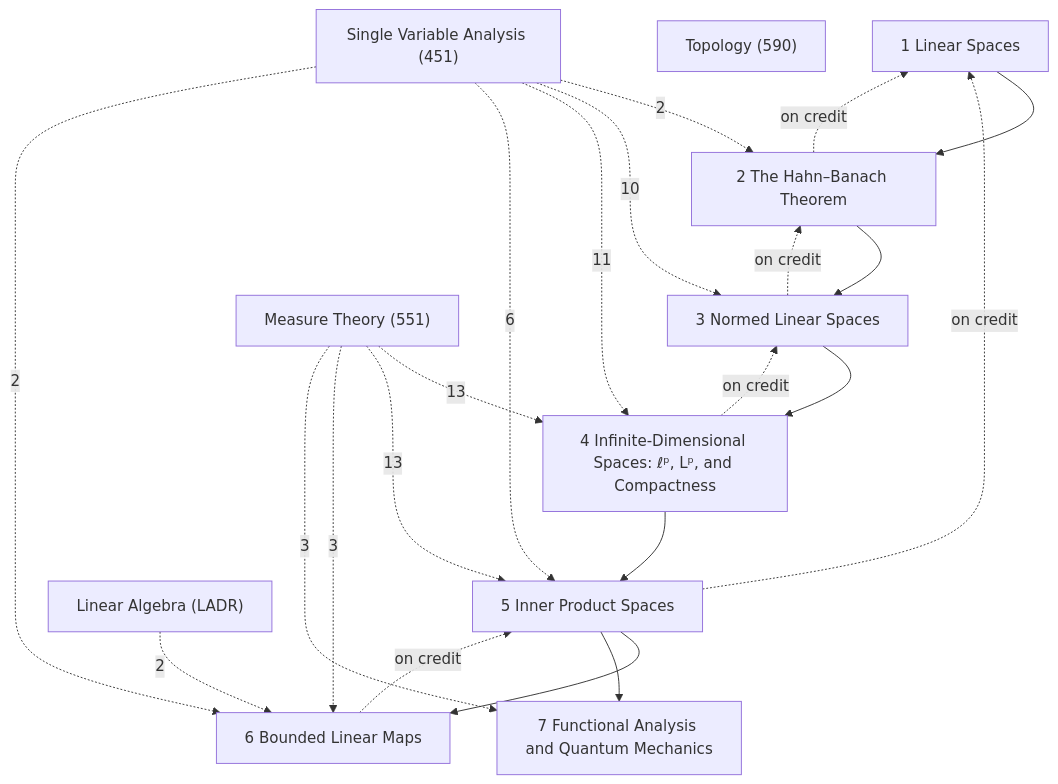
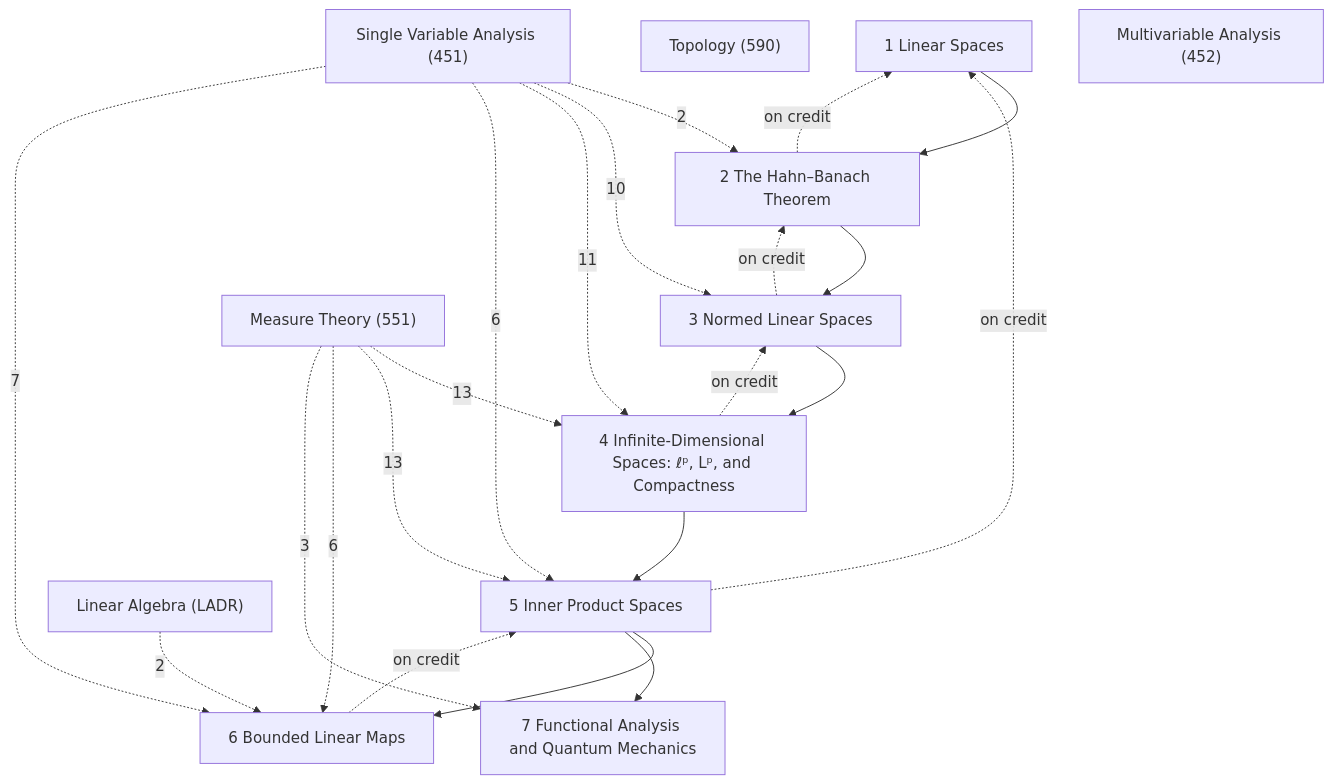
The diagram in Math/Functional Analysis/Functional Analysis.md (Onion20040508/notes), drawn with Mermaid before and after one commit. The commit also changed other lines of this file and 96 other files, not shown here.

````diff
--- a/Math/Functional Analysis/Functional Analysis.md
+++ b/Math/Functional Analysis/Functional Analysis.md
@@ -33,35 +33,36 @@
 ```mermaid
 graph TD
   C1["1 Linear Spaces"]
   C2["2 The Hahn–Banach Theorem"]
   C3["3 Normed Linear Spaces"]
   C4["4 Infinite-Dimensional Spaces: ℓᵖ, Lᵖ, and Compactness"]
   C5["5 Inner Product Spaces"]
   C6["6 Bounded Linear Maps"]
   C7["7 Functional Analysis and Quantum Mechanics"]
   X1["Linear Algebra (LADR)"]
   X2["Measure Theory (551)"]
   X3["Topology (590)"]
   X4["Single Variable Analysis (451)"]
+  X5["Multivariable Analysis (452)"]
   C1 --> C2
   C2 --> C3
   C3 --> C4
   C4 --> C5
   C5 --> C6
   C5 --> C7
   C2 -.->|on credit| C1
   C3 -.->|on credit| C2
   C4 -.->|on credit| C3
   C5 -.->|on credit| C1
   C6 -.->|on credit| C5
   X1 -.->|2| C6
   X2 -.->|13| C4
   X2 -.->|13| C5
-  X2 -.->|3| C6
+  X2 -.->|6| C6
   X2 -.->|3| C7
   X4 -.->|2| C2
   X4 -.->|10| C3
   X4 -.->|11| C4
   X4 -.->|6| C5
-  X4 -.->|2| C6
+  X4 -.->|7| C6
 ```
````
